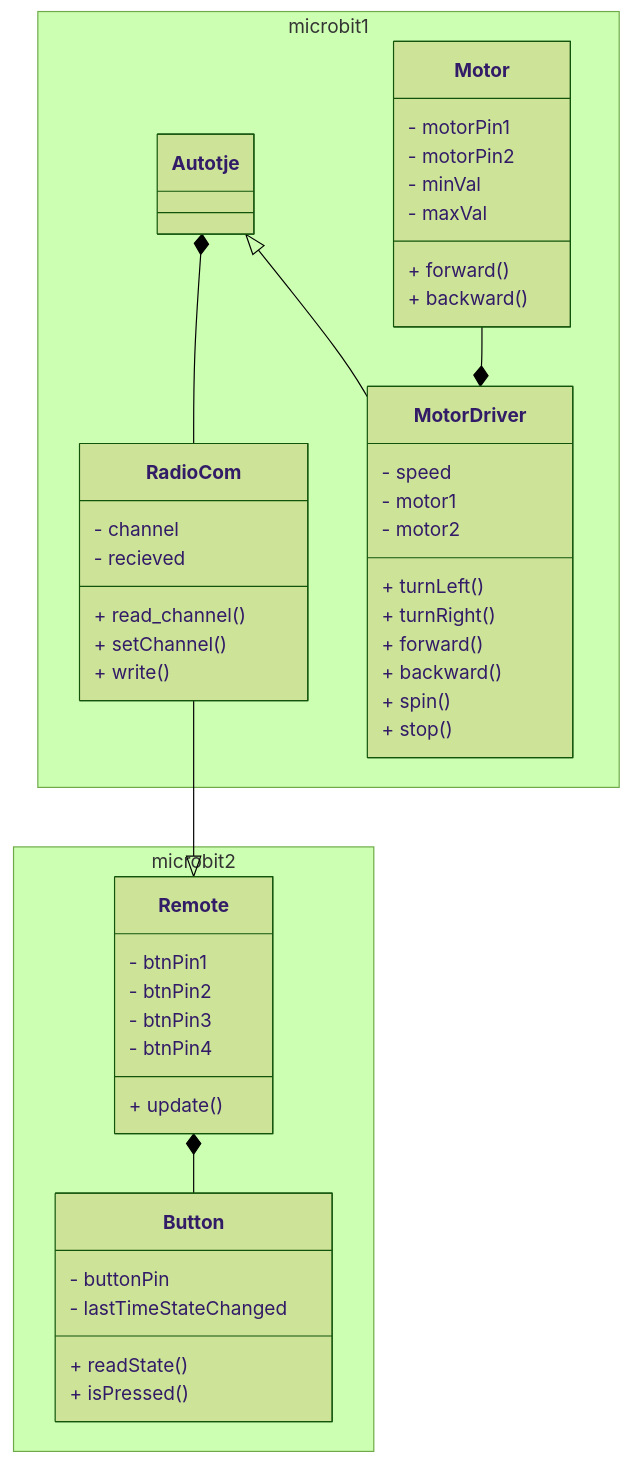
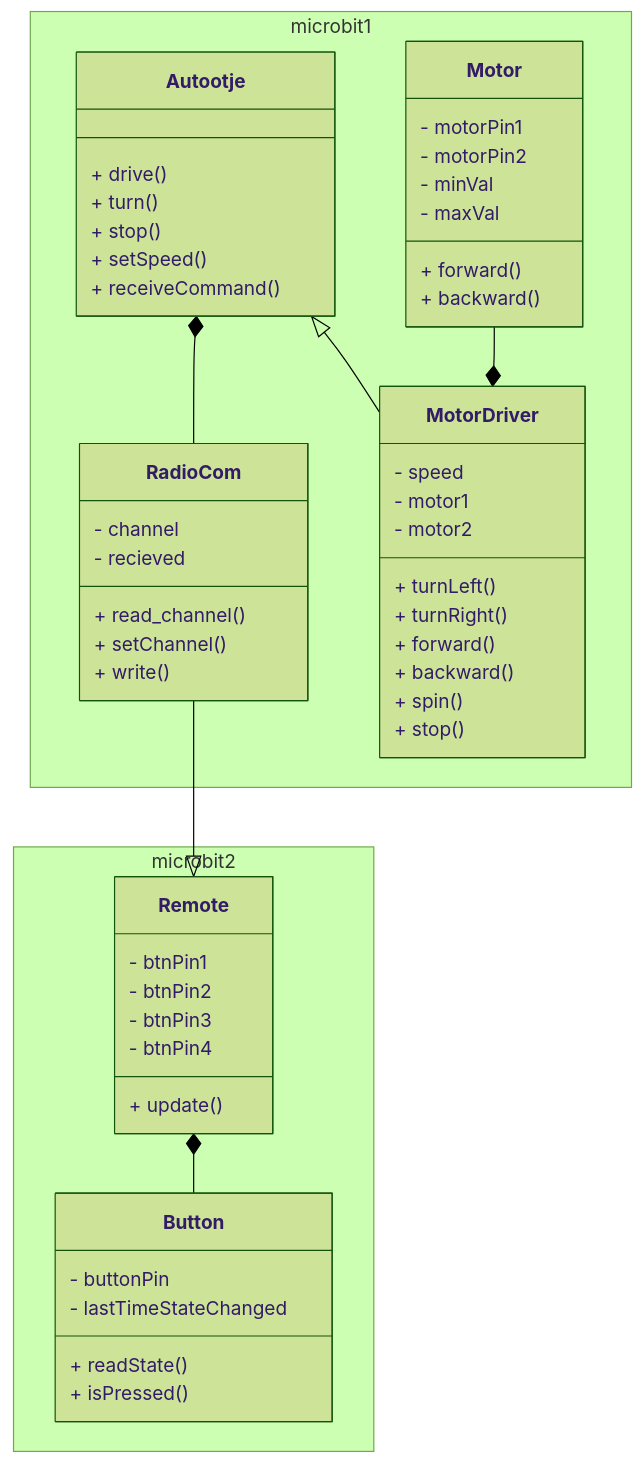
Before and after one commit to jensthebrogrammer/project_autotje: the diagram in UML_schema.md, drawn with Mermaid (forest theme).

Commit message:
update_tuur autootje zonder attributes

````diff
--- a/UML_schema.md
+++ b/UML_schema.md
@@ -1,62 +1,68 @@
 ```mermaid
 classDiagram
     namespace microbit1 {
-        class Autotje {
+        class Autootje {
+            
+            + drive()
+            + turn()
+            + stop()
+            + setSpeed()
+            + receiveCommand()
             
         }
 
         class Motor {
             - motorPin1
             - motorPin2
             - minVal
             - maxVal
             + forward()
             + backward()
         }
         
         class MotorDriver {
             - speed
             - motor1
             - motor2
             + turnLeft()
             + turnRight()
             + forward()
             + backward()
             + spin()
             + stop()
         }
 
         class RadioCom {
             - channel
             - recieved
             + read_channel()
             + setChannel()
             + write()
         }
     }
 
     namespace microbit2 {
         class Remote {
             - btnPin1
             - btnPin2
             - btnPin3
             - btnPin4
             + update()
         }
     
         class Button {
             - buttonPin
             - lastTimeStateChanged
             + readState()
             + isPressed()
             
         }
     }
 
-    Autotje *-- RadioCom
-    Autotje <|-- MotorDriver
+    Autootje *-- RadioCom
+    Autootje <|-- MotorDriver
     RadioCom --|> Remote
     Remote *-- Button
     Motor --* MotorDriver
 
 ```
````
